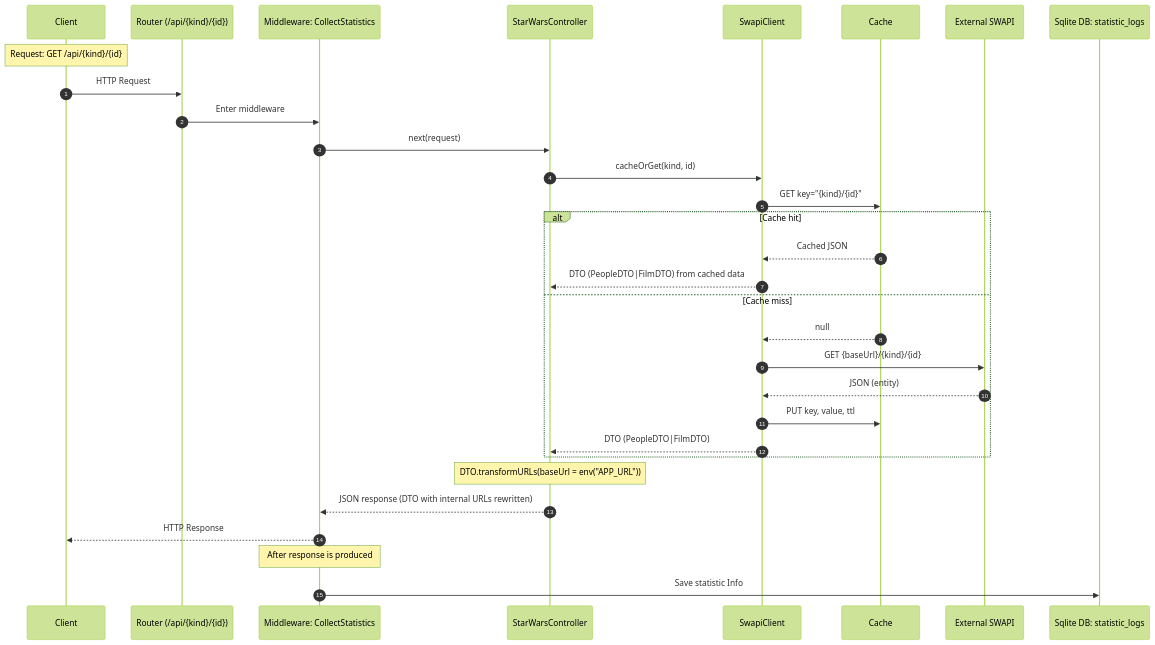
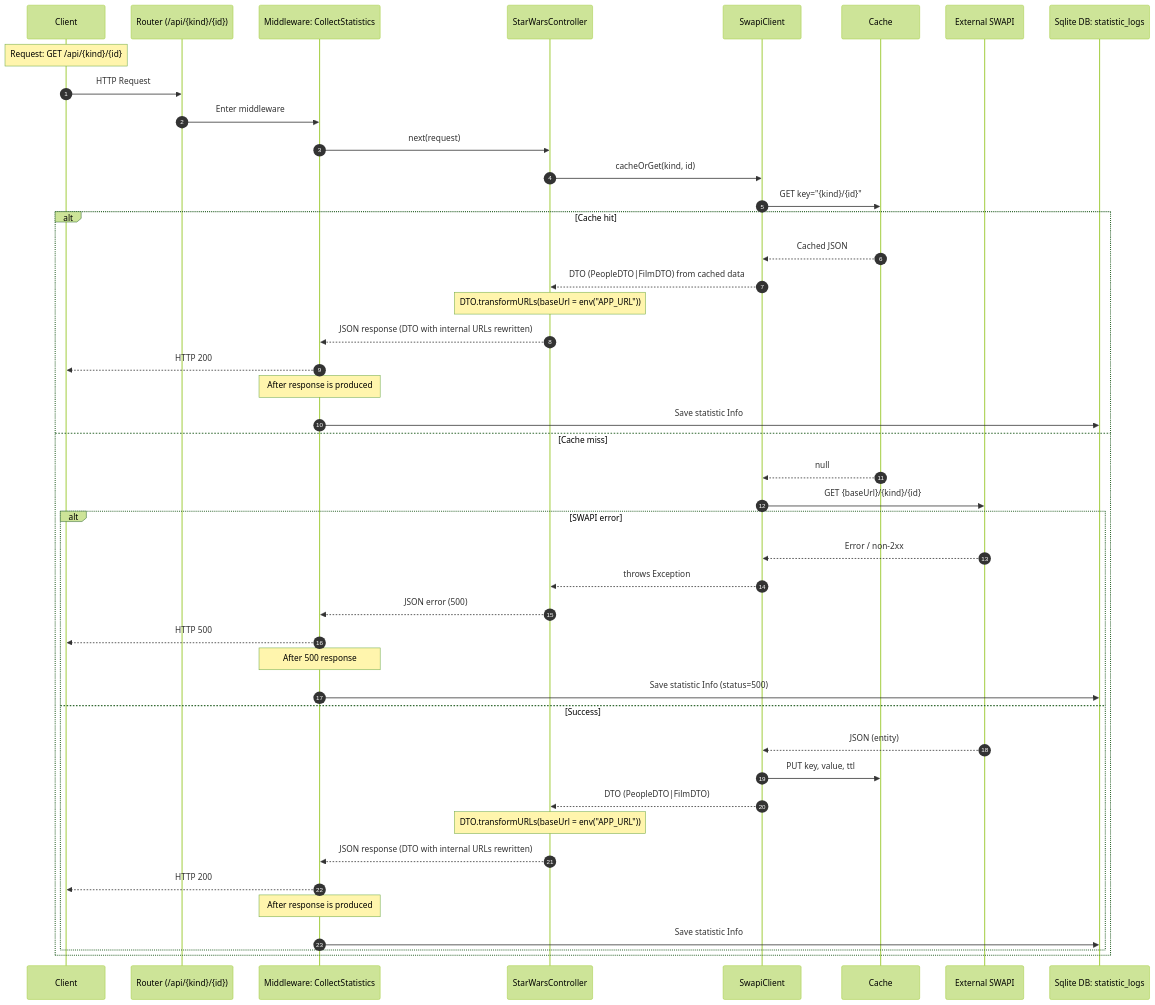
The second of 2 diagrams in docs/sequence-diagrams.md (1pedro/sw-starter), drawn with Mermaid (forest theme) before and after one commit. The commit also changed other lines of this file and 2 other files, not shown here.

````diff
--- a/docs/sequence-diagrams.md
+++ b/docs/sequence-diagrams.md
@@ -38,36 +45,48 @@
 ```mermaid
 sequenceDiagram
     autonumber
     participant C as Client
     participant R as Router (/api/{kind}/{id})
     participant M as Middleware: CollectStatistics
     participant Ctrl as StarWarsController
     participant S as SwapiClient
     participant Cache as Cache
     participant H as External SWAPI
     participant DB as Sqlite DB: statistic_logs
 
     Note over C: Request: GET /api/{kind}/{id}
     C->>R: HTTP Request
     R->>M: Enter middleware
     M->>Ctrl: next(request)
     Ctrl->>S: cacheOrGet(kind, id)
     S->>Cache: GET key="{kind}/{id}"
     alt Cache hit
         Cache-->>S: Cached JSON
         S-->>Ctrl: DTO (PeopleDTO|FilmDTO) from cached data
+        Note over Ctrl: DTO.transformURLs(baseUrl = env("APP_URL"))
+        Ctrl-->>M: JSON response (DTO with internal URLs rewritten)
+        M-->>C: HTTP 200
+        Note over M: After response is produced
+        M->>DB: Save statistic Info
     else Cache miss
         Cache-->>S: null
         S->>H: GET {baseUrl}/{kind}/{id}
-        H-->>S: JSON (entity)
-        S->>Cache: PUT key, value, ttl
-        S-->>Ctrl: DTO (PeopleDTO|FilmDTO)
+        alt SWAPI error
+            H-->>S: Error / non-2xx
+            S-->>Ctrl: throws Exception
+            Ctrl-->>M: JSON error (500)
+            M-->>C: HTTP 500
+            Note over M: After 500 response
+            M->>DB: Save statistic Info (status=500)
+        else Success
+            H-->>S: JSON (entity)
+            S->>Cache: PUT key, value, ttl
+            S-->>Ctrl: DTO (PeopleDTO|FilmDTO)
+            Note over Ctrl: DTO.transformURLs(baseUrl = env("APP_URL"))
+            Ctrl-->>M: JSON response (DTO with internal URLs rewritten)
+            M-->>C: HTTP 200
+            Note over M: After response is produced
+            M->>DB: Save statistic Info
+        end
     end
-    Note over Ctrl: DTO.transformURLs(baseUrl = env("APP_URL"))
-    Ctrl-->>M: JSON response (DTO with internal URLs rewritten)
-
-    M-->>C: HTTP Response
-
-    Note over M: After response is produced
-    M->>DB: Save statistic Info
 ```
````
